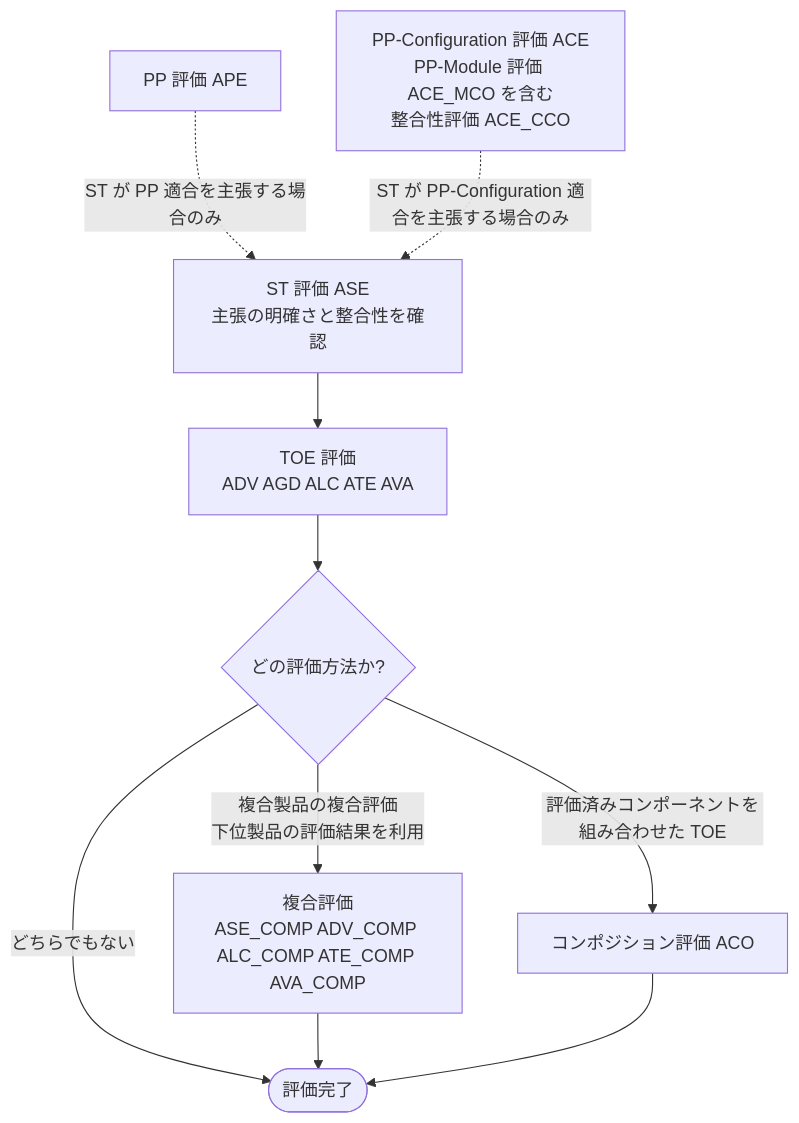
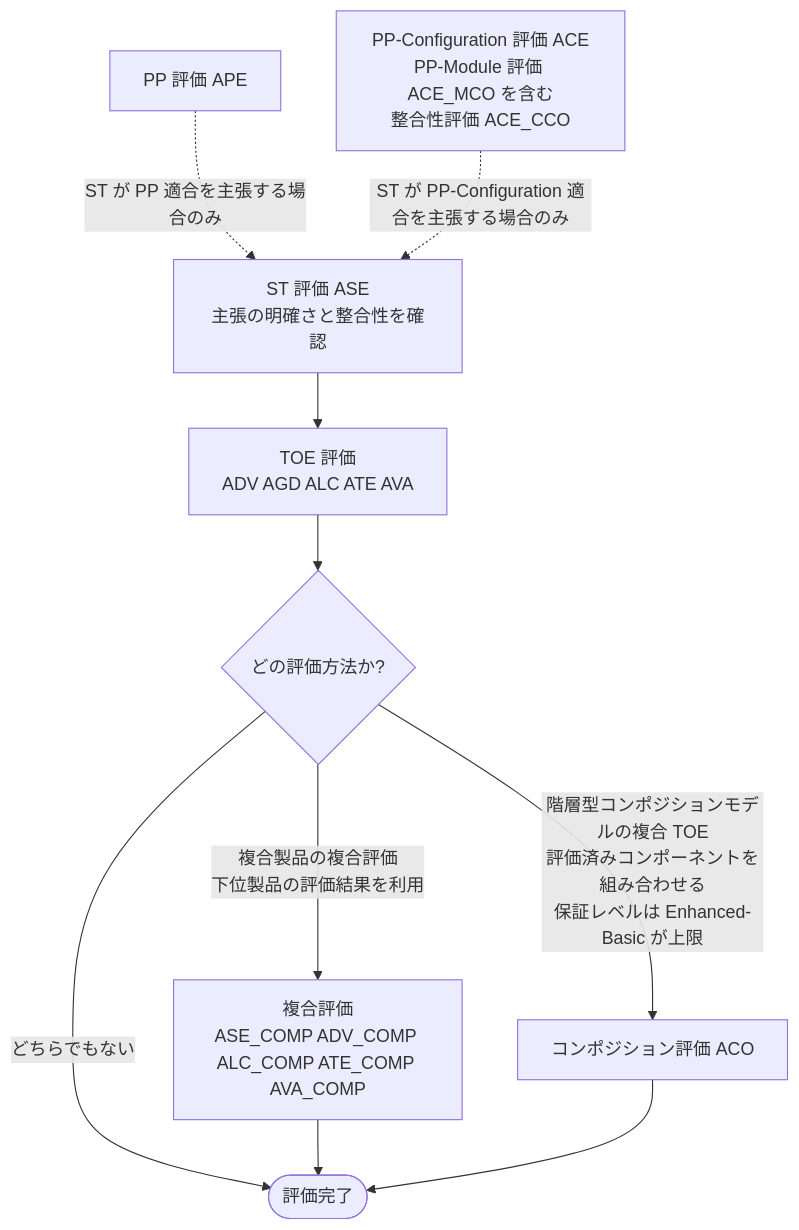
Before and after one commit to myoshi2891/Security_Studies: the tenth of 18 diagrams in Iso-iec-18045-2026-guide.md, drawn with Mermaid.

Commit message:
docs(iso18045): clarify composition evaluation ACO branch in flowchart

````diff
--- a/Iso-iec-18045-2026-guide.md
+++ b/Iso-iec-18045-2026-guide.md
@@ -378,13 +378,13 @@
 ```mermaid
 flowchart TD
     PP["PP 評価 APE"] -.->|"ST が PP 適合を主張する場合のみ"| ST
     PC["PP-Configuration 評価 ACE<br/>PP-Module 評価 ACE_MCO を含む<br/>整合性評価 ACE_CCO"]
     PC -.->|"ST が PP-Configuration 適合を主張する場合のみ"| ST
     ST["ST 評価 ASE<br/>主張の明確さと整合性を確認"] --> TOE
     TOE["TOE 評価<br/>ADV AGD ALC ATE AVA"] --> COMP{"どの評価方法か?"}
     COMP -->|"複合製品の複合評価<br/>下位製品の評価結果を利用"| CPE["複合評価<br/>ASE_COMP ADV_COMP ALC_COMP ATE_COMP AVA_COMP"]
-    COMP -->|"評価済みコンポーネントを組み合わせた TOE"| ACO["コンポジション評価 ACO"]
+    COMP -->|"階層型コンポジションモデルの複合 TOE<br/>評価済みコンポーネントを組み合わせる<br/>保証レベルは Enhanced-Basic が上限"| ACO["コンポジション評価 ACO"]
     COMP -->|"どちらでもない"| END(["評価完了"])
     CPE --> END
     ACO --> END
 ```
````
